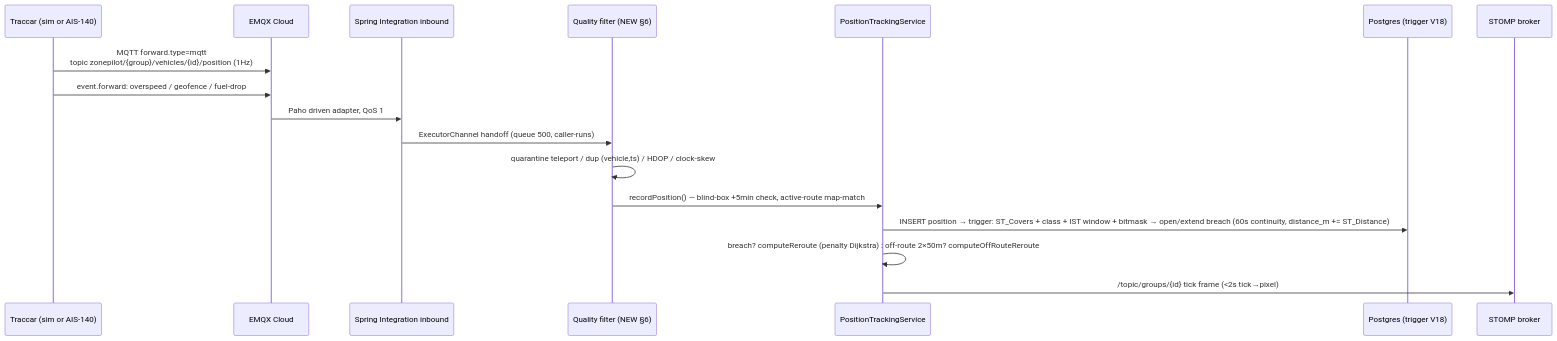
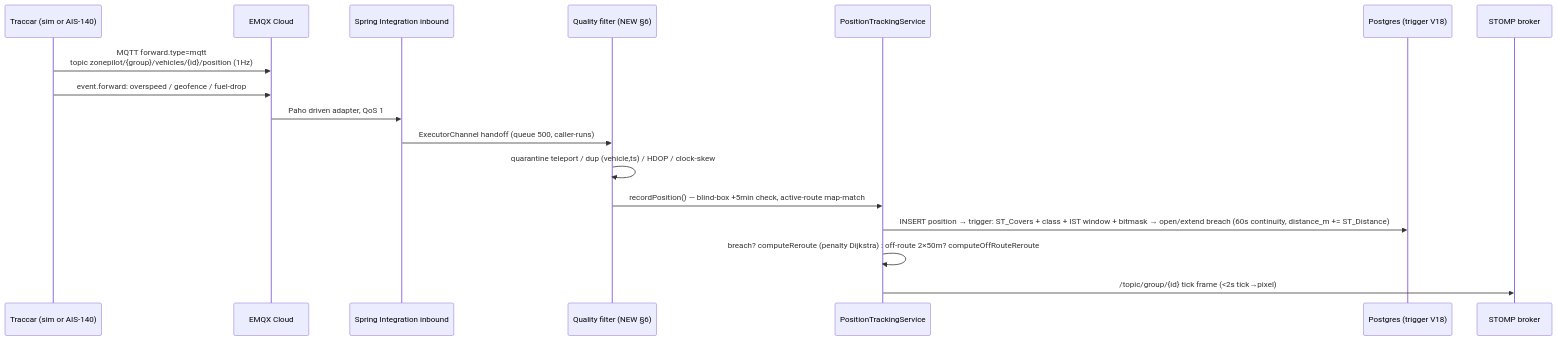
Before and after one commit to BlackPool25/ZonePilot: the second of 2 diagrams in docs/25-DATA-MODELS-AND-PIPELINE.md, drawn with Mermaid. The commit also changed other lines of this file and 15 other files, not shown here.

````diff
--- a/docs/25-DATA-MODELS-AND-PIPELINE.md
+++ b/docs/25-DATA-MODELS-AND-PIPELINE.md
@@ -69,19 +69,19 @@
 ```mermaid
 sequenceDiagram
     participant T as Traccar (sim or AIS-140)
     participant E as EMQX Cloud
     participant SI as Spring Integration inbound
     participant Q as Quality filter (NEW §6)
     participant PT as PositionTrackingService
     participant DB as Postgres (trigger V18)
     participant WS as STOMP broker
     T->>E: MQTT forward.type=mqtt<br/>topic zonepilot/{group}/vehicles/{id}/position (1Hz)
     T->>E: event.forward: overspeed / geofence / fuel-drop
     E->>SI: Paho driven adapter, QoS 1
     SI->>Q: ExecutorChannel handoff (queue 500, caller-runs)
     Q->>Q: quarantine teleport / dup (vehicle,ts) / HDOP / clock-skew
     Q->>PT: recordPosition() — blind-box +5min check, active-route map-match
     PT->>DB: INSERT position → trigger: ST_Covers + class + IST window + bitmask → open/extend breach (60s continuity, distance_m += ST_Distance)
     PT->>PT: breach? computeReroute (penalty Dijkstra) : off-route 2×50m? computeOffRouteReroute
-    PT->>WS: /topic/groups/{id} tick frame (<2s tick→pixel)
+    PT->>WS: /topic/group/{id} tick frame (<2s tick→pixel)
 ```
````
